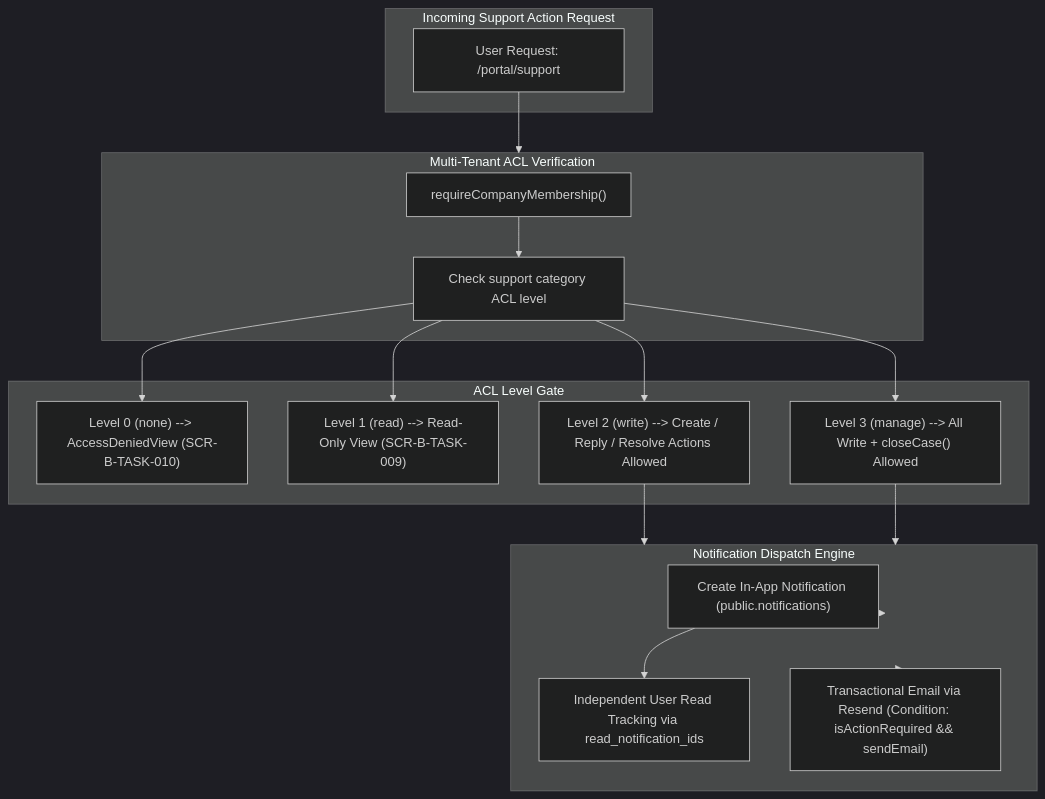
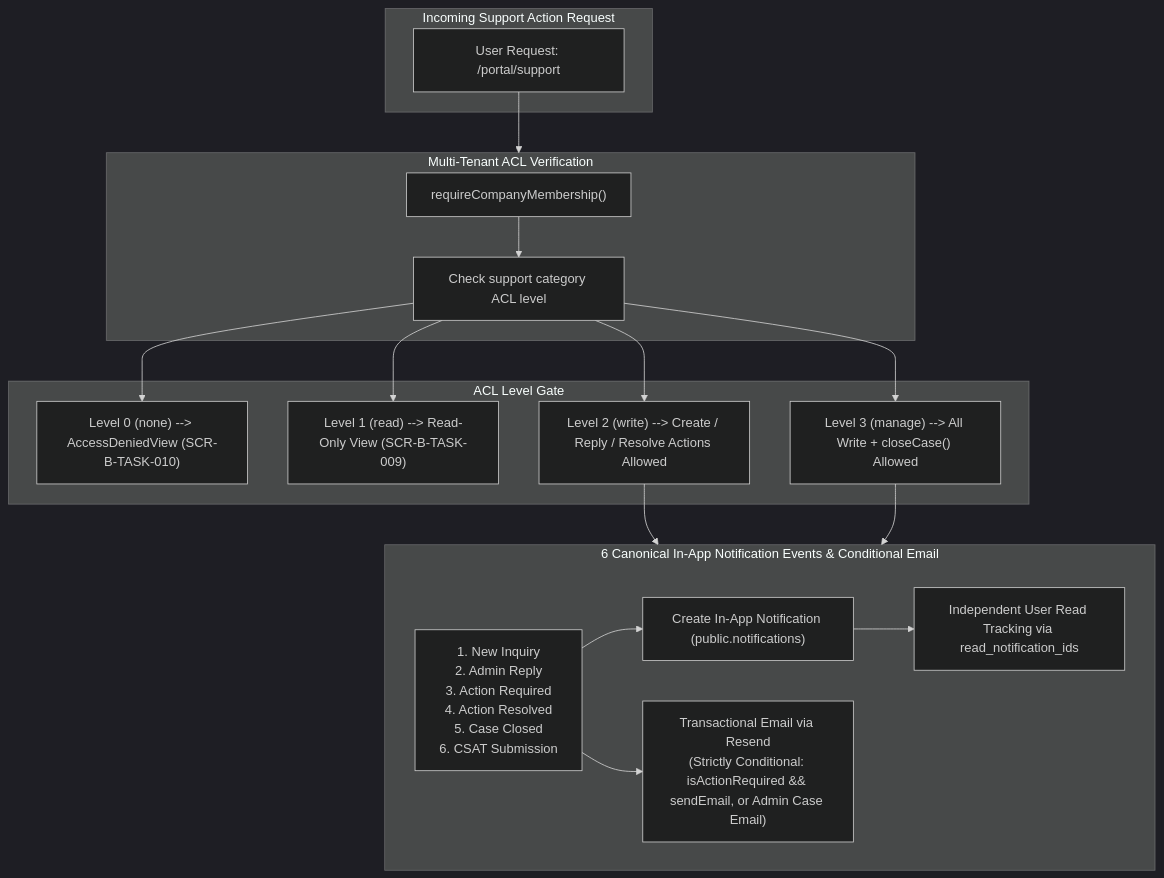
One commit to chaehahm-Kr/KBGP-Portal changed the sixth of 7 diagrams in Manuals/MAN-B-TASK-001_Task-Communication/02_CLAUDE_PACKAGE/03_DIAGRAMS/TASK_COMMUNICATION_ARCHITECTURE_DIAGRAMS.md. Above: the diagram before and after it, drawn with Mermaid (dark theme). The commit also changed other lines of this file and 6 other files, not shown here.

````diff
--- a/Manuals/MAN-B-TASK-001_Task-Communication/02_CLAUDE_PACKAGE/03_DIAGRAMS/TASK_COMMUNICATION_ARCHITECTURE_DIAGRAMS.md
+++ b/Manuals/MAN-B-TASK-001_Task-Communication/02_CLAUDE_PACKAGE/03_DIAGRAMS/TASK_COMMUNICATION_ARCHITECTURE_DIAGRAMS.md
@@ -187,31 +188,32 @@
 ```mermaid
 flowchart TD
     subgraph UserRequest["Incoming Support Action Request"]
         REQ["User Request: /portal/support"]
     end
 
     subgraph AuthLayer["Multi-Tenant ACL Verification"]
         AUTH1["requireCompanyMembership()"]
         AUTH2["Check support category ACL level"]
         AUTH1 --> AUTH2
     end
 
     subgraph AccessDecision["ACL Level Gate"]
         L0["Level 0 (none) --> AccessDeniedView (SCR-B-TASK-010)"]
         L1["Level 1 (read) --> Read-Only View (SCR-B-TASK-009)"]
         L2["Level 2 (write) --> Create / Reply / Resolve Actions Allowed"]
         L3["Level 3 (manage) --> All Write + closeCase() Allowed"]
     end
 
-    subgraph NotificationDispatch["Notification Dispatch Engine"]
+    subgraph NotificationDispatch["6 Canonical In-App Notification Events & Conditional Email"]
+        N_EVENTS["1. New Inquiry<br/>2. Admin Reply<br/>3. Action Required<br/>4. Action Resolved<br/>5. Case Closed<br/>6. CSAT Submission"]
         N_INAPP["Create In-App Notification (public.notifications)"]
         N_READ["Independent User Read Tracking via read_notification_ids"]
-        N_EMAIL["Transactional Email via Resend (Condition: isActionRequired && sendEmail)"]
+        N_EMAIL["Transactional Email via Resend<br/>(Strictly Conditional: isActionRequired && sendEmail, or Admin Case Email)"]
     end
 
     REQ --> AuthLayer
     AUTH2 --> L0 & L1 & L2 & L3
     L2 & L3 --> NotificationDispatch
-    NotificationDispatch --> N_INAPP --> N_READ
-    NotificationDispatch --> N_EMAIL
+    N_EVENTS --> N_INAPP --> N_READ
+    N_EVENTS --> N_EMAIL
 ```
````
